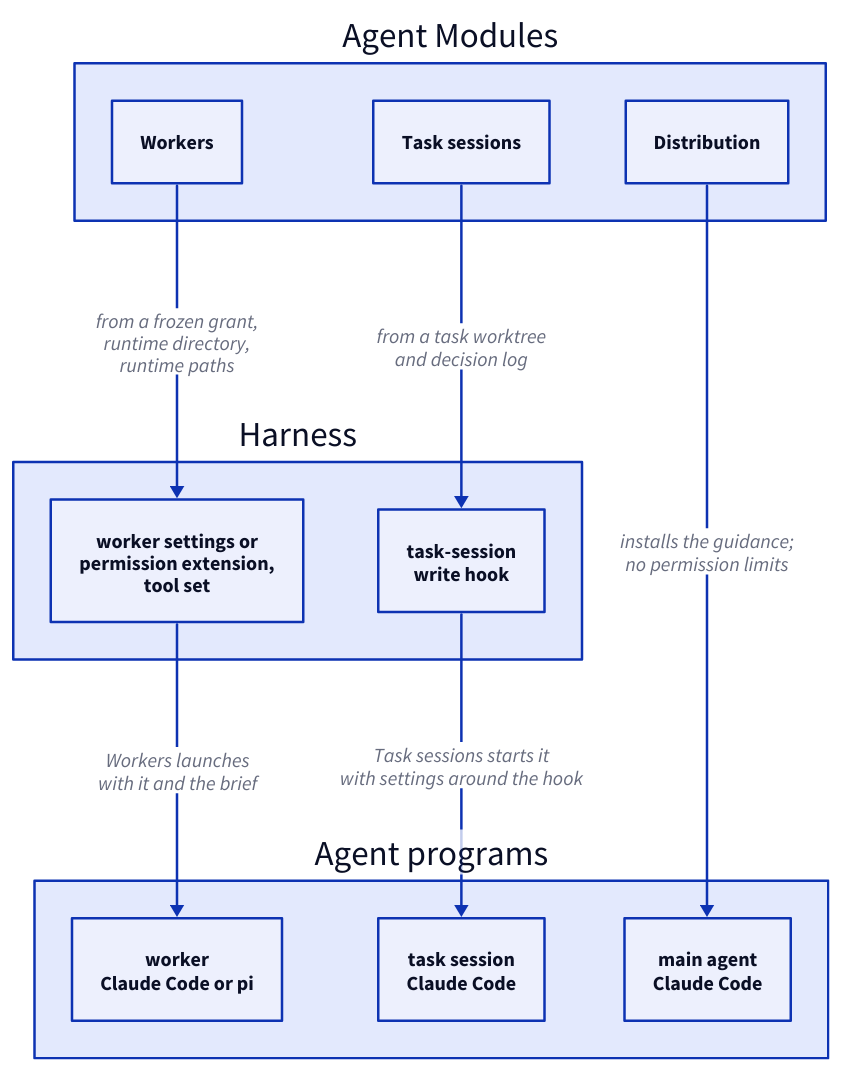
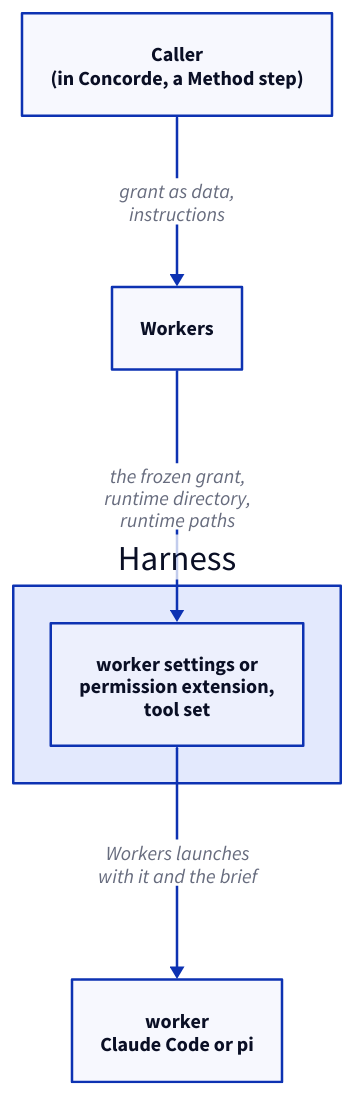
The first of 3 diagrams in specs/concorde/worker-harness/harness/module.md (FTOD/concorde), drawn with D2 before and after one commit. The commit also changed other lines of this file and 109 other files, not shown here.

````diff
--- a/specs/concorde/worker-harness/harness/module.md
+++ b/specs/concorde/worker-harness/harness/module.md
@@ -128,22 +84,12 @@
 ```d2 illustrative
 direction: down
-modules: Agent Modules {
-  workers: Workers
-  sessions: Task sessions
-  distribution: Distribution
-}
+caller: "Caller\n(in Concorde, a Method step)"
+workers: Workers
 harness: Harness {
   worker: "worker settings or\npermission extension,\ntool set"
-  session: "task-session\nwrite hook"
 }
-programs: Agent programs {
-  worker: "worker\nClaude Code or pi"
-  session: "task session\nClaude Code"
-  main: "main agent\nClaude Code"
-}
-modules.workers -> harness.worker: "from a frozen grant,\nruntime directory,\nruntime paths"
-modules.sessions -> harness.session: "from a task worktree\nand decision log"
-harness.worker -> programs.worker: "Workers launches\nwith it and the brief"
-harness.session -> programs.session: "Task sessions starts it\nwith settings around the hook"
-modules.distribution -> programs.main: "installs the guidance;\nno permission limits"
+program: "worker\nClaude Code or pi"
+caller -> workers: "grant as data,\ninstructions"
+workers -> harness.worker: "the frozen grant,\nruntime directory,\nruntime paths"
+harness.worker -> program: "Workers launches\nwith it and the brief"
 ```
````
